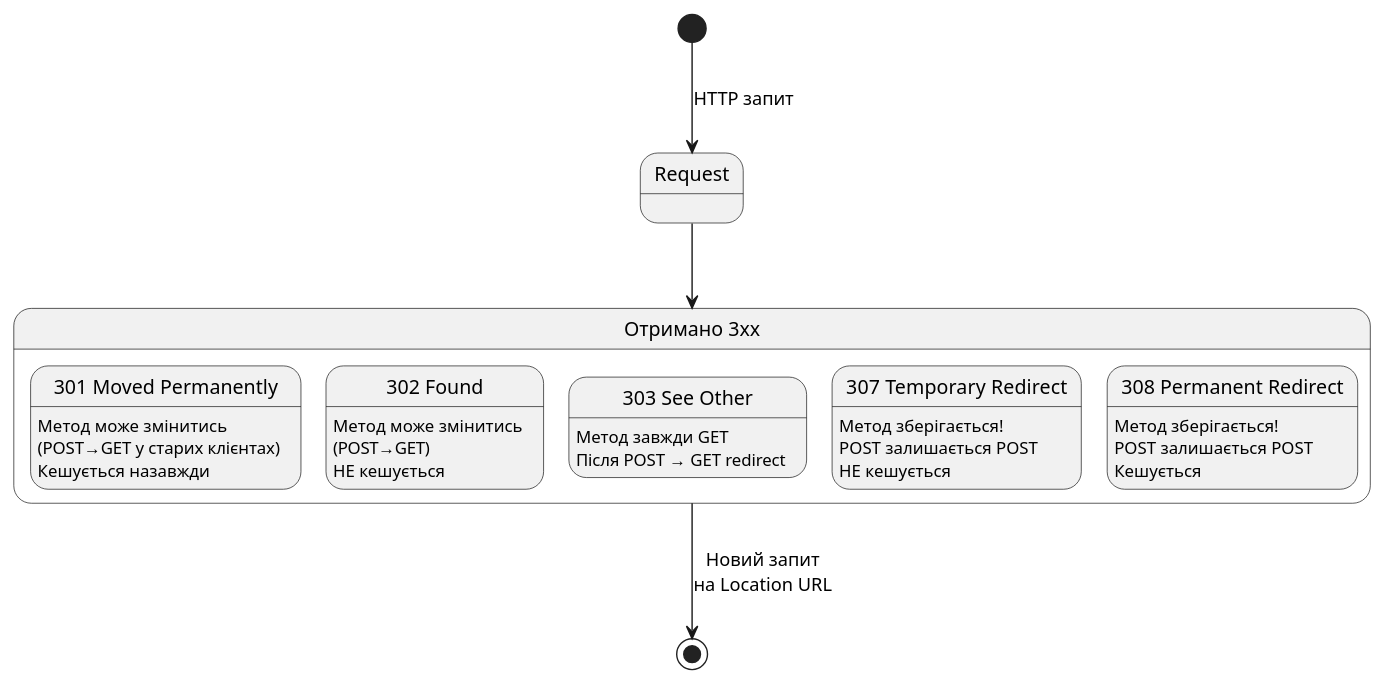
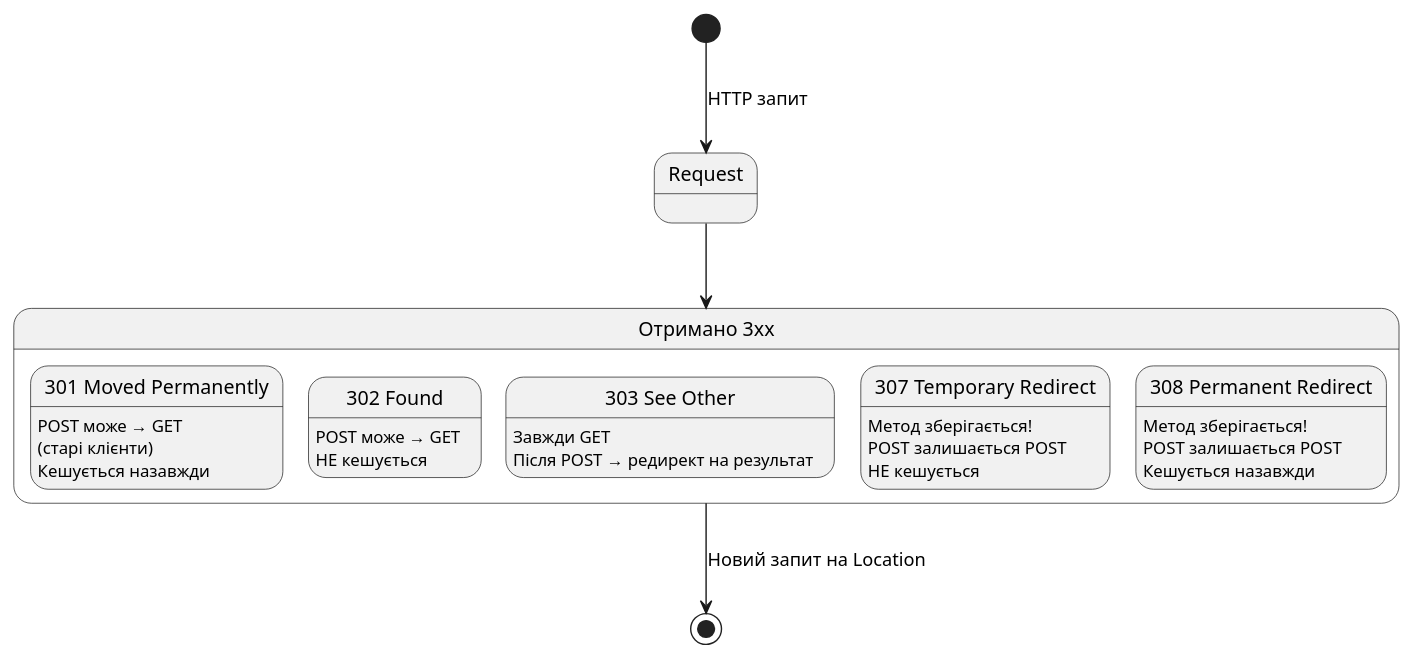
Diagram 17 of 18 in content/01.csharp/13.network-programming/08.http-advanced.md (UTUBMIR/kostyl.dev), drawn with PlantUML before and after one commit. The commit also changed other lines of this file and 2 other files, not shown here.

````diff
--- a/content/01.csharp/13.network-programming/08.http-advanced.md
+++ b/content/01.csharp/13.network-programming/08.http-advanced.md
@@ -1040,20 +1970,20 @@
 ```plantuml
 @startuml
 skinparam style plain
 skinparam backgroundColor #ffffff
 
 [*] --> Request : HTTP запит
 
 state "Отримано 3xx" as r3xx {
-    state "301 Moved Permanently" as s301 : Метод може змінитись\n(POST→GET у старих клієнтах)\nКешується назавжди
-    state "302 Found" as s302 : Метод може змінитись\n(POST→GET)\nНЕ кешується
-    state "303 See Other" as s303 : Метод завжди GET\nПісля POST → GET redirect
+    state "301 Moved Permanently" as s301 : POST може → GET\n(старі клієнти)\nКешується назавжди
+    state "302 Found" as s302 : POST може → GET\nНЕ кешується
+    state "303 See Other" as s303 : Завжди GET\nПісля POST → редирект на результат
     state "307 Temporary Redirect" as s307 : Метод зберігається!\nPOST залишається POST\nНЕ кешується
-    state "308 Permanent Redirect" as s308 : Метод зберігається!\nPOST залишається POST\nКешується
+    state "308 Permanent Redirect" as s308 : Метод зберігається!\nPOST залишається POST\nКешується назавжди
 }
 
 Request --> r3xx
-r3xx --> [*] : Новий запит\nна Location URL
+r3xx --> [*] : Новий запит на Location
 
 @enduml
 ```
````
